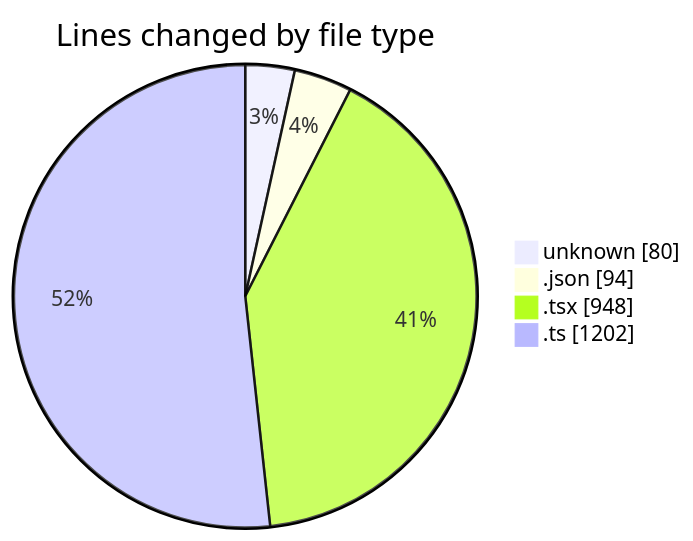
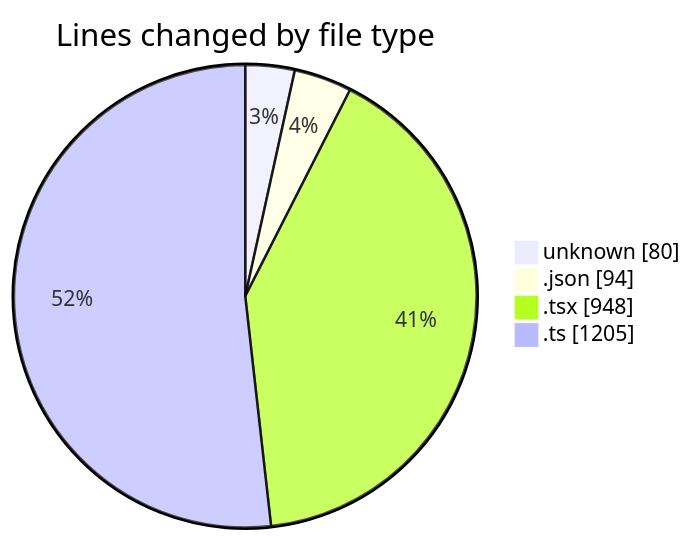
The first of 2 diagrams in 2025-07-24/cohera/README.md (JenPaints/code-tracking), drawn with Mermaid before and after one commit. The commit also changed other lines of this file and 1 other file, not shown here.

````diff
--- a/2025-07-24/cohera/README.md
+++ b/2025-07-24/cohera/README.md
@@ -31,8 +31,8 @@
 ```mermaid
 pie showData
 title Lines changed by file type
 "unknown" : 80
 ".json" : 94
 ".tsx" : 948
-".ts" : 1202
+".ts" : 1205
 ```
````
